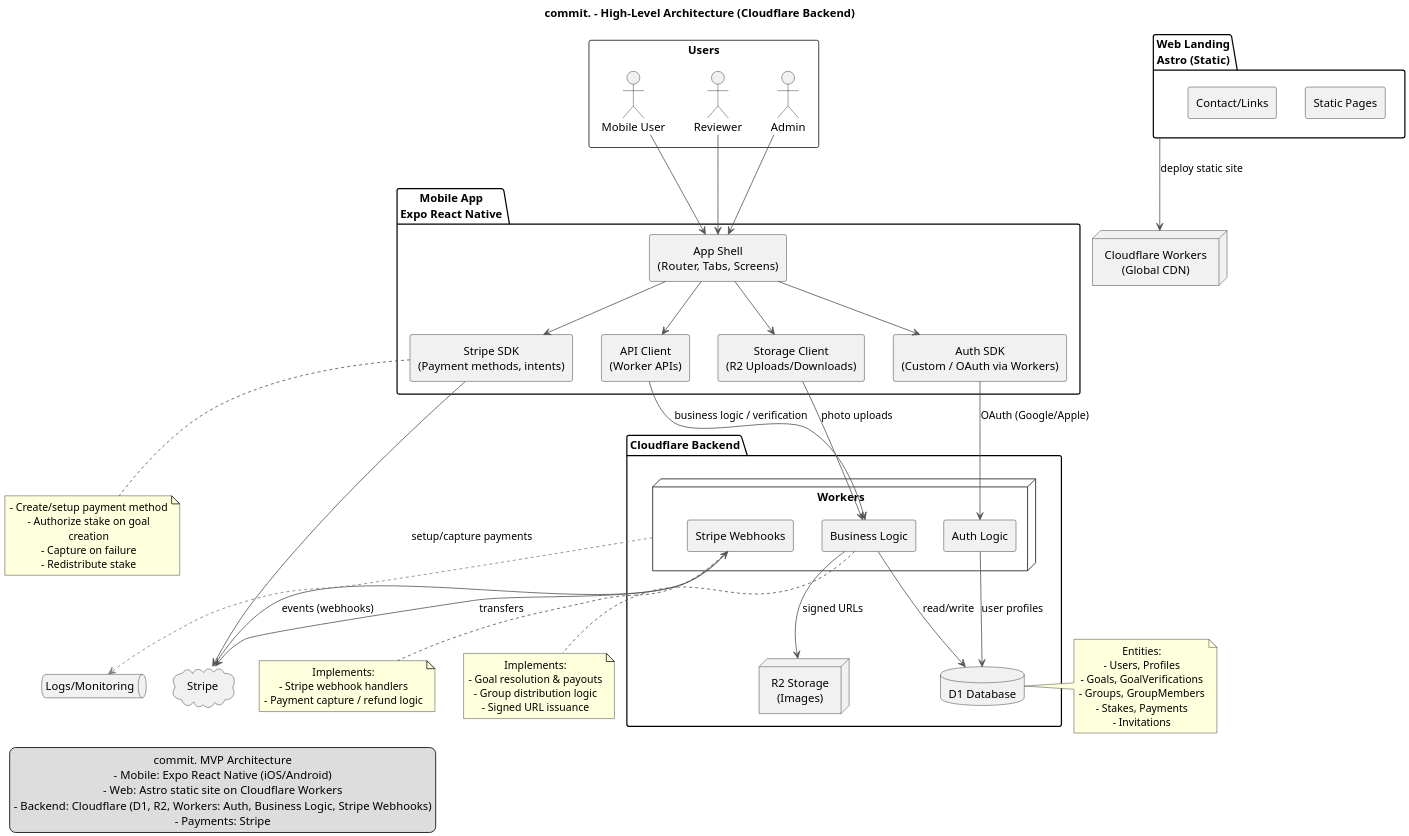
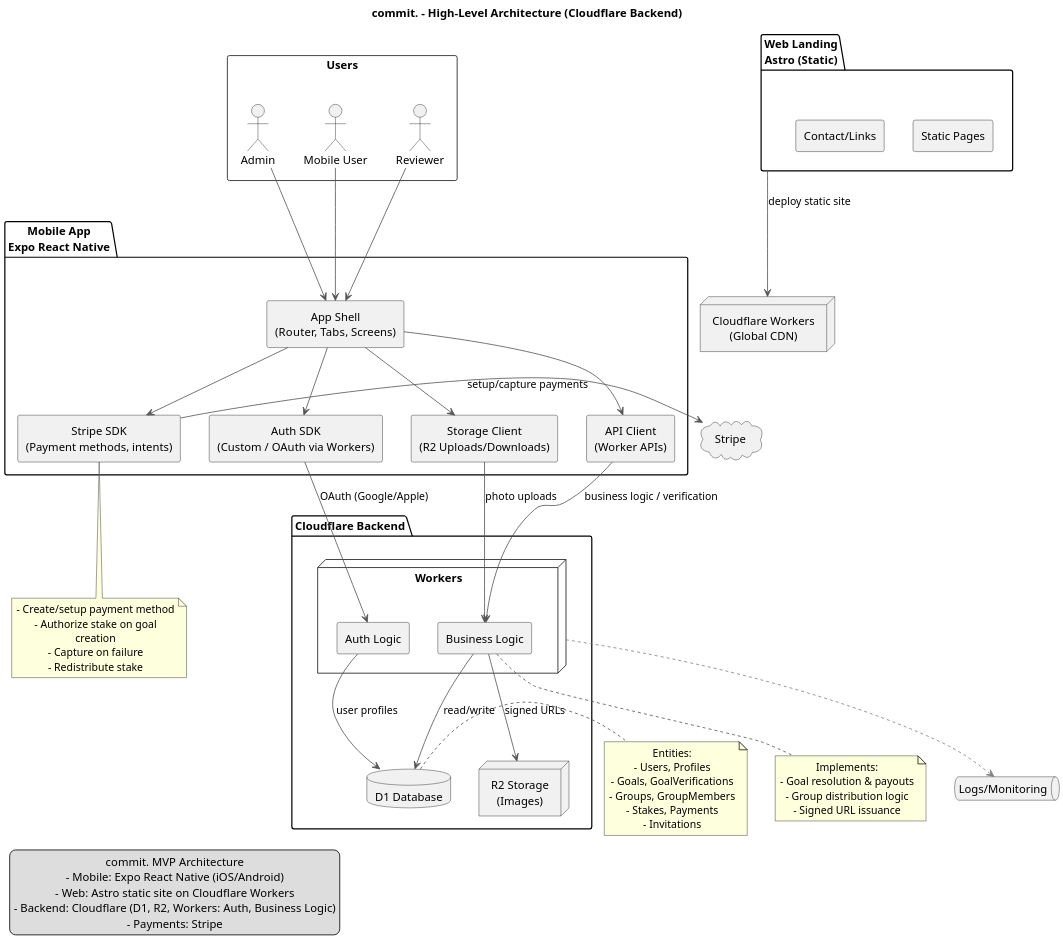
One commit to getcommitapp/commit changed the diagram in docs/architecture.puml. Above: the diagram before and after it, drawn with PlantUML. The commit also changed 7 other files, not shown here.

```diff
--- a/docs/architecture.puml
+++ b/docs/architecture.puml
@@ -1,108 +1,101 @@
 @startuml architecture
 title commit. - High-Level Architecture (Cloudflare Backend)
 
 skinparam componentStyle rectangle
 skinparam shadowing false
 skinparam defaultTextAlignment center
 skinparam wrapWidth 200
 skinparam dpi 180
 skinparam ArrowColor #555555
 skinparam ArrowThickness 1
 skinparam monochrome false
 
 legend left
   commit. MVP Architecture
   - Mobile: Expo React Native (iOS/Android)
   - Web: Astro static site on Cloudflare Workers
-  - Backend: Cloudflare (D1, R2, Workers: Auth, Business Logic, Stripe Webhooks)
+  - Backend: Cloudflare (D1, R2, Workers: Auth, Business Logic)
   - Payments: Stripe
 endlegend
 
 rectangle "Users" as Users {
   actor "Mobile User" as MobileUser
   actor "Reviewer" as Reviewer
   actor "Admin" as Admin
 }
 
 package "Mobile App\nExpo React Native" as Mobile {
   [App Shell\n(Router, Tabs, Screens)] as AppShell
   [Auth SDK\n(Custom / OAuth via Workers)] as MobileAuth
   [API Client\n(Worker APIs)] as MobileApi
   [Storage Client\n(R2 Uploads/Downloads)] as MobileStorage
   [Stripe SDK\n(Payment methods, intents)] as MobileStripe
 }
 
 package "Web Landing\nAstro (Static)" as Web {
   [Static Pages]
   [Contact/Links]
 }
 
 node "Cloudflare Workers\n(Global CDN)" as CF
 Web -down-> CF : deploy static site
 
 package "Cloudflare Backend" as Cloudflare {
   database "D1 Database" as DB
   node "R2 Storage\n(Images)" as Storage
   node "Workers" as Edge {
     [Auth Logic] as Auth
     [Business Logic] as BizLogic
-    [Stripe Webhooks] as StripeHooks
   }
 }
 
 cloud Stripe
 
 MobileUser --> AppShell
 Reviewer --> AppShell
 Admin --> AppShell
 
 AppShell --> MobileAuth
 AppShell --> MobileApi
 AppShell --> MobileStorage
 AppShell --> MobileStripe
 
 MobileAuth --> Auth : OAuth (Google/Apple)
 MobileStorage --> BizLogic : photo uploads
 MobileApi --> BizLogic : business logic / verification
 
 MobileStripe -right-> Stripe : setup/capture payments
-Stripe -left-> StripeHooks : events (webhooks)
-StripeHooks -down-> Stripe : transfers
 
 BizLogic --> DB : read/write
 BizLogic --> Storage : signed URLs
 Auth --> DB : user profiles
 
 queue "Logs/Monitoring" as Observability
 Edge -[#gray,dashed]-> Observability
 
 note right of DB
   Entities:
   - Users, Profiles
   - Goals, GoalVerifications
   - Groups, GroupMembers
   - Stakes, Payments
   - Invitations
 end note
 
 note bottom of BizLogic
   Implements:
   - Goal resolution & payouts
   - Group distribution logic
   - Signed URL issuance
 end note
 
-note bottom of StripeHooks
-  Implements:
-  - Stripe webhook handlers
-  - Payment capture / refund logic
-end note
+
 
 note bottom of MobileStripe
   - Create/setup payment method
   - Authorize stake on goal creation
   - Capture on failure
   - Redistribute stake
 end note
 
 @enduml
```
